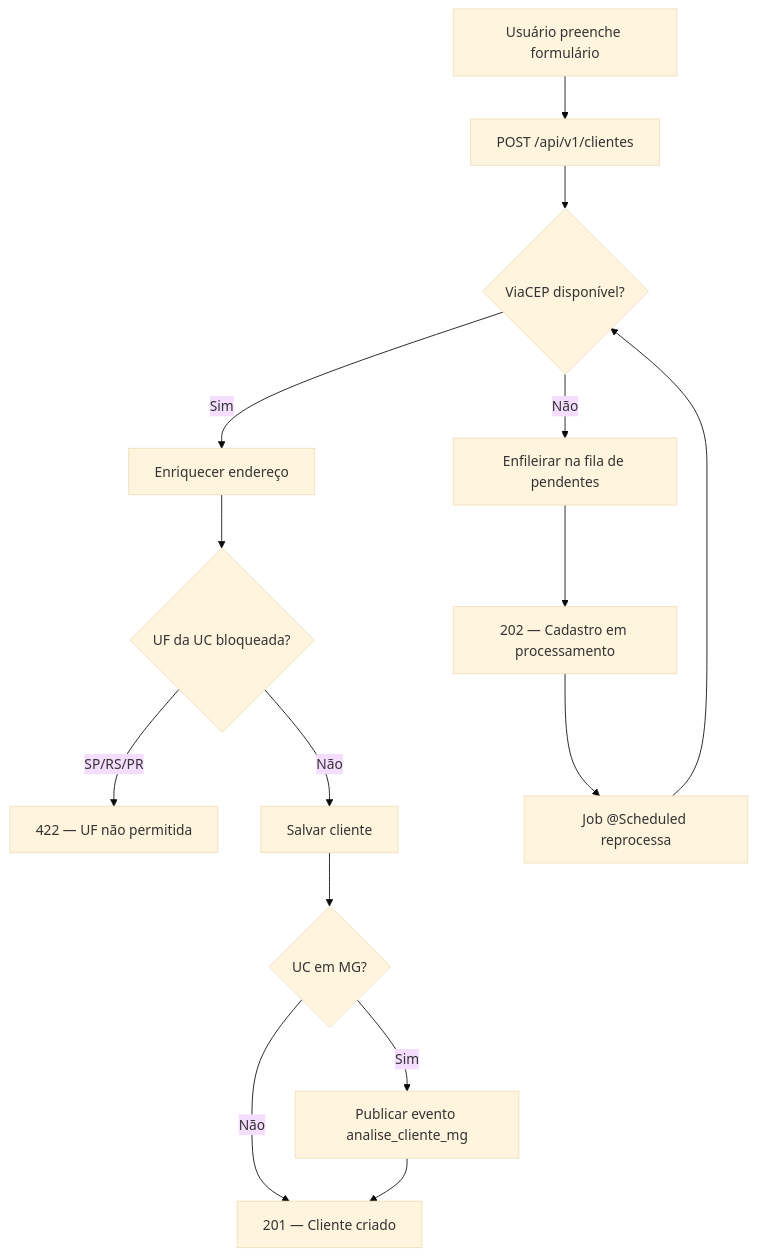
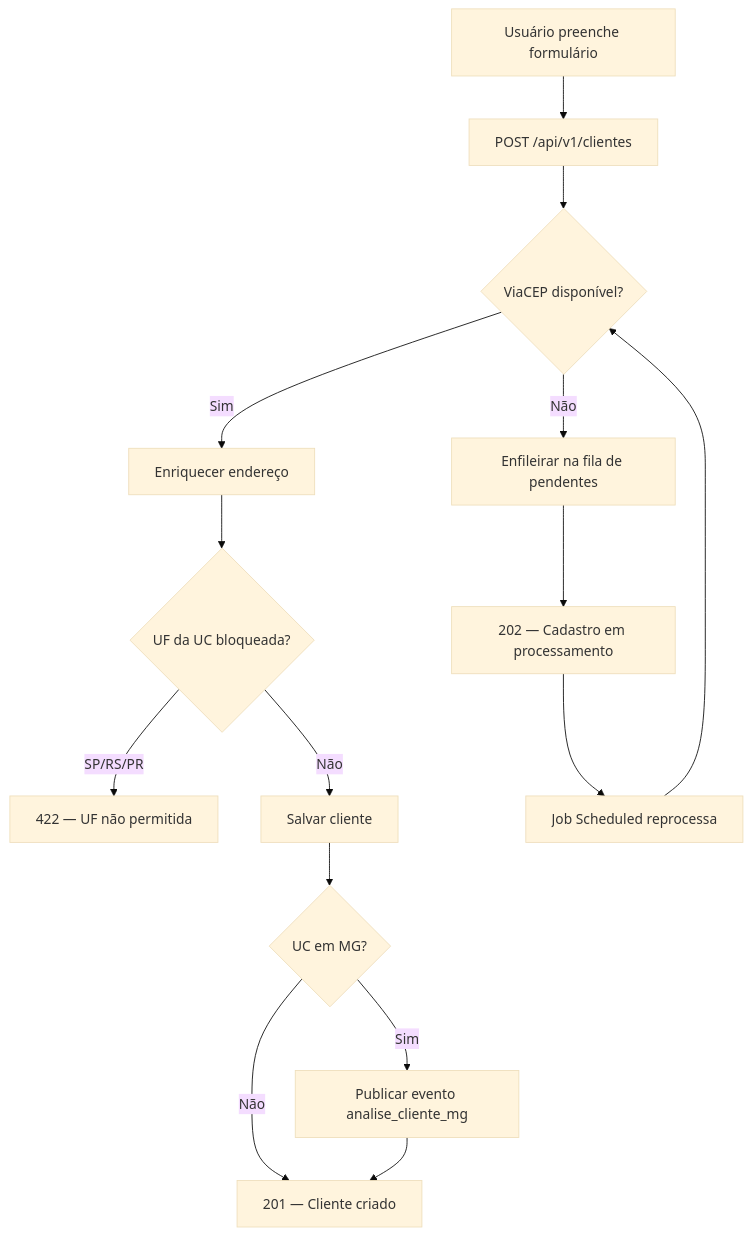
One commit to LuizGGoncalves/Voltz changed the first of 4 diagrams in README.md. Above: the diagram before and after it, drawn with Mermaid (base theme). The commit also changed other lines of this file and 4 other files, not shown here.

````diff
--- a/README.md
+++ b/README.md
@@ -35,17 +36,17 @@
 ```mermaid
 flowchart TD
     A[Usuário preenche formulário] --> B[POST /api/v1/clientes]
     B --> C{ViaCEP disponível?}
     C -->|Sim| D[Enriquecer endereço]
     D --> E{UF da UC bloqueada?}
     E -->|SP/RS/PR| F[422 — UF não permitida]
     E -->|Não| G[Salvar cliente]
     G --> H{UC em MG?}
     H -->|Sim| I[Publicar evento analise_cliente_mg]
     H -->|Não| J[201 — Cliente criado]
     I --> J
     C -->|Não| K[Enfileirar na fila de pendentes]
     K --> L[202 — Cadastro em processamento]
-    L --> M[Job @Scheduled reprocessa]
+    L --> M[Job Scheduled reprocessa]
     M --> C
 ```
````
